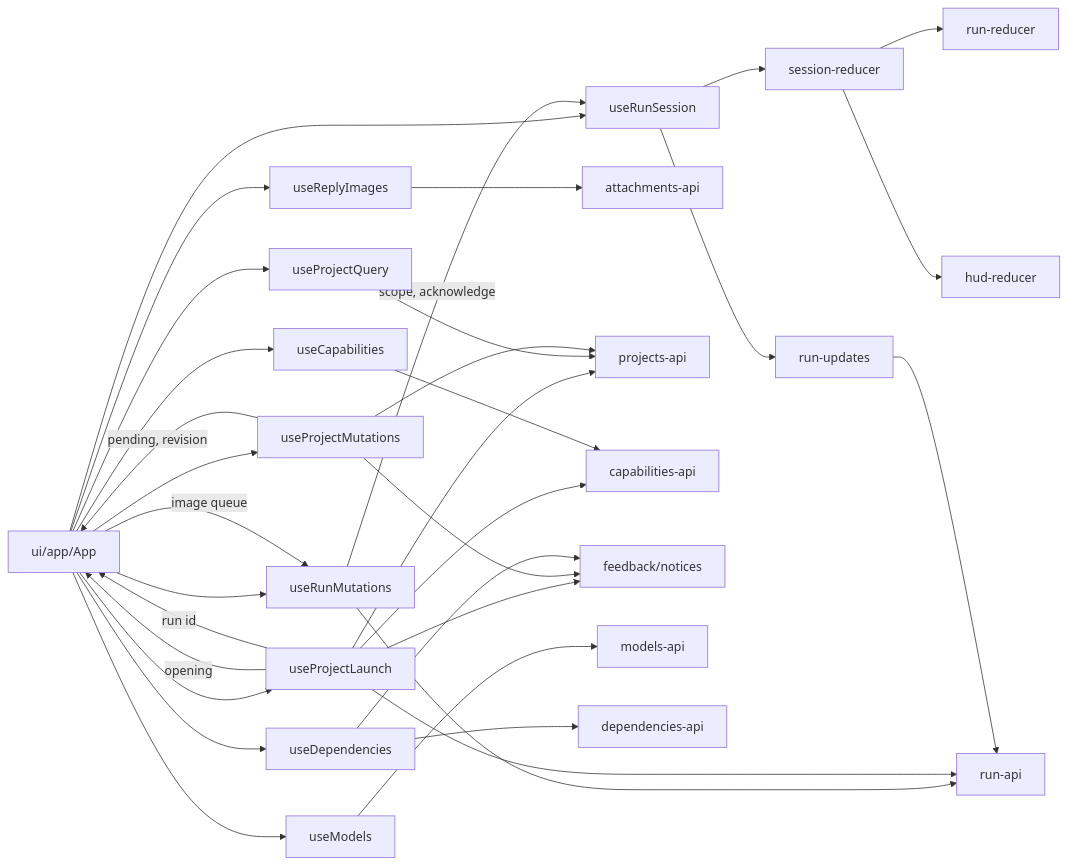
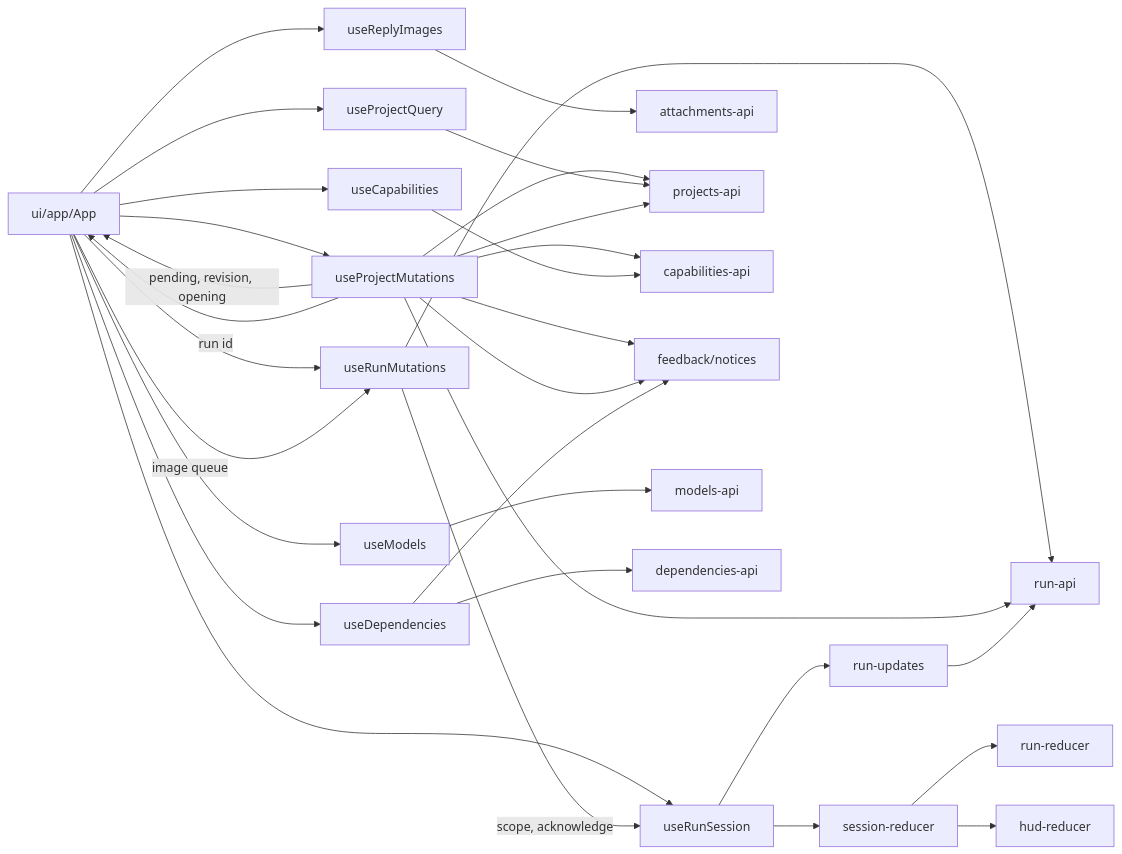
One commit to Tachion-Oy/robozium changed the diagram in desktop/renderer/src/ARCHITECTURE.md. Above: the diagram before and after it, drawn with Mermaid. The commit also changed other lines of this file and 6 other files, not shown here.

First line of the commit message:
Launch projects from the project mutations owner

````diff
--- a/desktop/renderer/src/ARCHITECTURE.md
+++ b/desktop/renderer/src/ARCHITECTURE.md
@@ -61,31 +60,29 @@
 ```mermaid
 flowchart LR
   App["ui/app/App"] --> Models["useModels"]
   App --> Query["useProjectQuery"]
   App --> Mutations["useProjectMutations"]
-  Mutations -- "pending, revision" --> App
-  Launch -- "opening" --> App
+  Mutations -- "pending, revision, opening" --> App
   App --> Capabilities["useCapabilities"]
-  App --> Launch["useProjectLaunch"]
   App --> Session["useRunSession"]
   App --> RunMutations["useRunMutations"]
   RunMutations -- "scope, acknowledge" --> Session
   RunMutations --> RunApi
   App --> ReplyImages["useReplyImages"] --> AttachmentsApi["attachments-api"]
   App -- "image queue" --> RunMutations
-  Launch -- "run id" --> App
-  Launch --> ProjectsApi["projects-api"]
-  Launch --> CapabilitiesApi["capabilities-api"]
-  Launch --> RunApi["run-api"]
-  Launch --> Notices["feedback/notices"]
+  Mutations -- "run id" --> App
+  Mutations --> ProjectsApi["projects-api"]
+  Mutations --> CapabilitiesApi["capabilities-api"]
+  Mutations --> RunApi["run-api"]
+  Mutations --> Notices["feedback/notices"]
   Session --> Updates["run-updates"] --> RunApi
   Session --> Reducer["session-reducer"] --> RunReducer["run-reducer"]
   Reducer --> HudReducer["hud-reducer"]
   Query --> ProjectsApi
   Mutations --> ProjectsApi
   Mutations --> Notices
   Capabilities --> CapabilitiesApi
   Models --> ModelsApi["models-api"]
   App --> Dependencies["useDependencies"] --> DependenciesApi["dependencies-api"]
   Dependencies --> Notices
 ```
````
